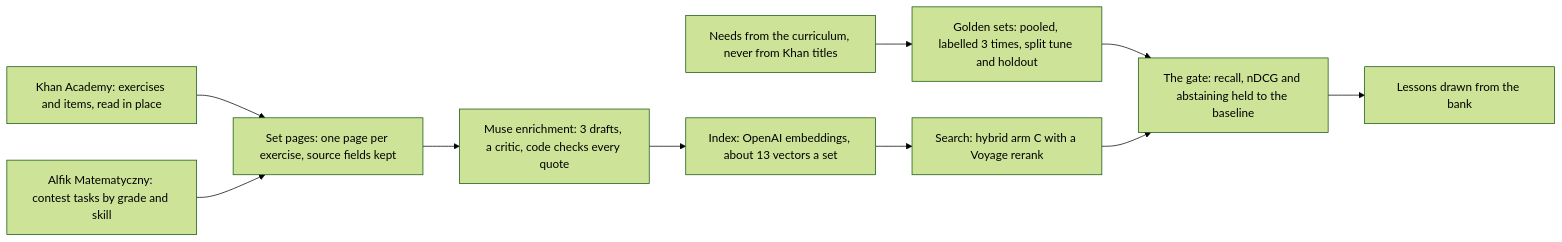
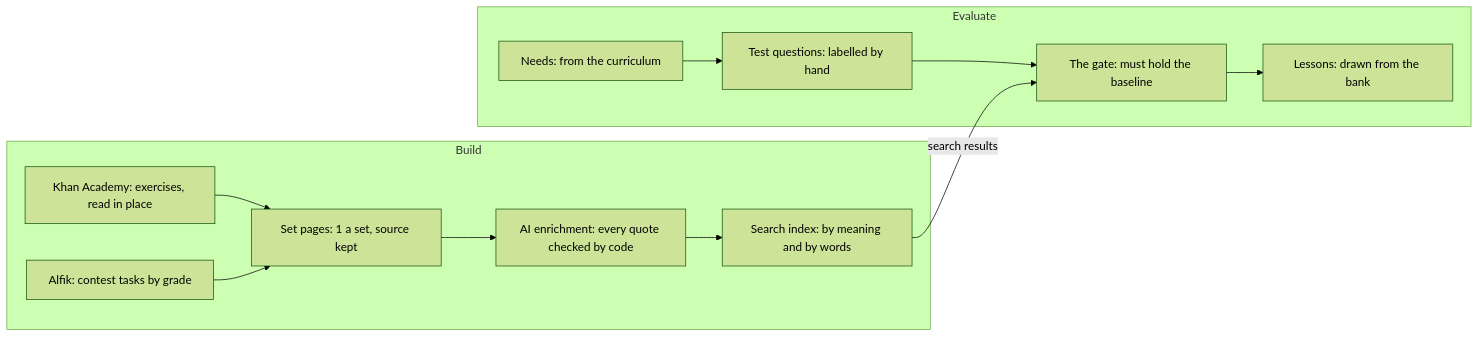
One commit to vasyl-stanislavchuk/jadwigo-hackathon changed the diagram in apps/docs/src/lib/diagrams/bank-pipeline.mmd. Above: the diagram before and after it, drawn with Mermaid (forest theme). The commit also changed 69 other files, not shown here.

First line of the commit message:
dl-5ssh.90.53.20: architecture as a C4 ladder, every diagram redrawn in Medallion (#946)

```diff
--- a/apps/docs/src/lib/diagrams/bank-pipeline.mmd
+++ b/apps/docs/src/lib/diagrams/bank-pipeline.mmd
@@ -1,10 +1,13 @@
 flowchart LR
-  K["Khan Academy: exercises and items, read in place"] --> P["Set pages: one page per exercise, source fields kept"]
-  A["Alfik Matematyczny: contest tasks by grade and skill"] --> P
-  P --> E["Muse enrichment: 3 drafts, a critic, code checks every quote"]
-  E --> I["Index: OpenAI embeddings, about 13 vectors a set"]
-  I --> S["Search: hybrid arm C with a Voyage rerank"]
-  N["Needs from the curriculum, never from Khan titles"] --> G["Golden sets: pooled, labelled 3 times, split tune and holdout"]
-  G --> T["The gate: recall, nDCG and abstaining held to the baseline"]
-  S --> T
-  T --> L["Lessons drawn from the bank"]
+  subgraph build [Build]
+    K["Khan Academy: exercises, read in place"] --> P["Set pages: 1 a set, source kept"]
+    A["Alfik: contest tasks by grade"] --> P
+    P --> E["AI enrichment: every quote checked by code"]
+    E --> I["Search index: by meaning and by words"]
+  end
+  subgraph evaluate [Evaluate]
+    N["Needs: from the curriculum"] --> T["Test questions: labelled by hand"]
+    T --> G["The gate: must hold the baseline"]
+    G --> L["Lessons: drawn from the bank"]
+  end
+  I -- "search results" --> G
```
